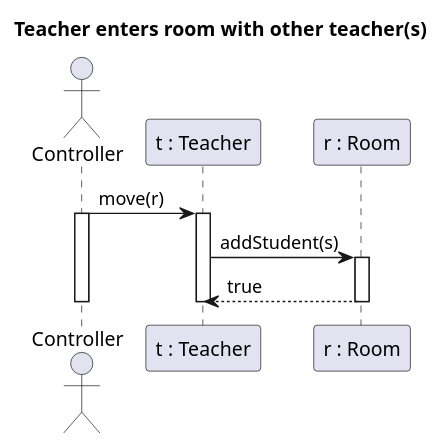
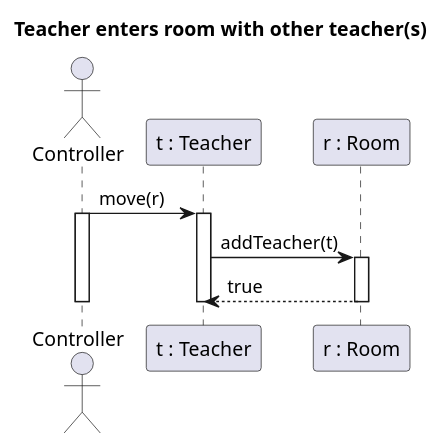
One commit to MBakter/echo changed the diagram in docs/sequence_diagrams/skeleton/ri_teacher_enter_teacher.plantuml. Above: the diagram before and after it, drawn with PlantUML.

Commit message:
ri_teacher_enter_teacher unsaved change

```diff
--- a/docs/sequence_diagrams/skeleton/ri_teacher_enter_teacher.plantuml
+++ b/docs/sequence_diagrams/skeleton/ri_teacher_enter_teacher.plantuml
@@ -1,21 +1,21 @@
 @startuml teacher_enter_teacher
 title Teacher enters room with other teacher(s)
 
 actor Controller as c
 participant "t : Teacher" as s
 participant "r : Room" as r
 
 
 c -> s : move(r)
 Activate c
 Activate s
-s -> r : addStudent(s)
+s -> r : addTeacher(t)
 
 
 Activate r
 r --> s : true
 Deactivate r
 Deactivate s
 Deactivate c
 
 @enduml
```
